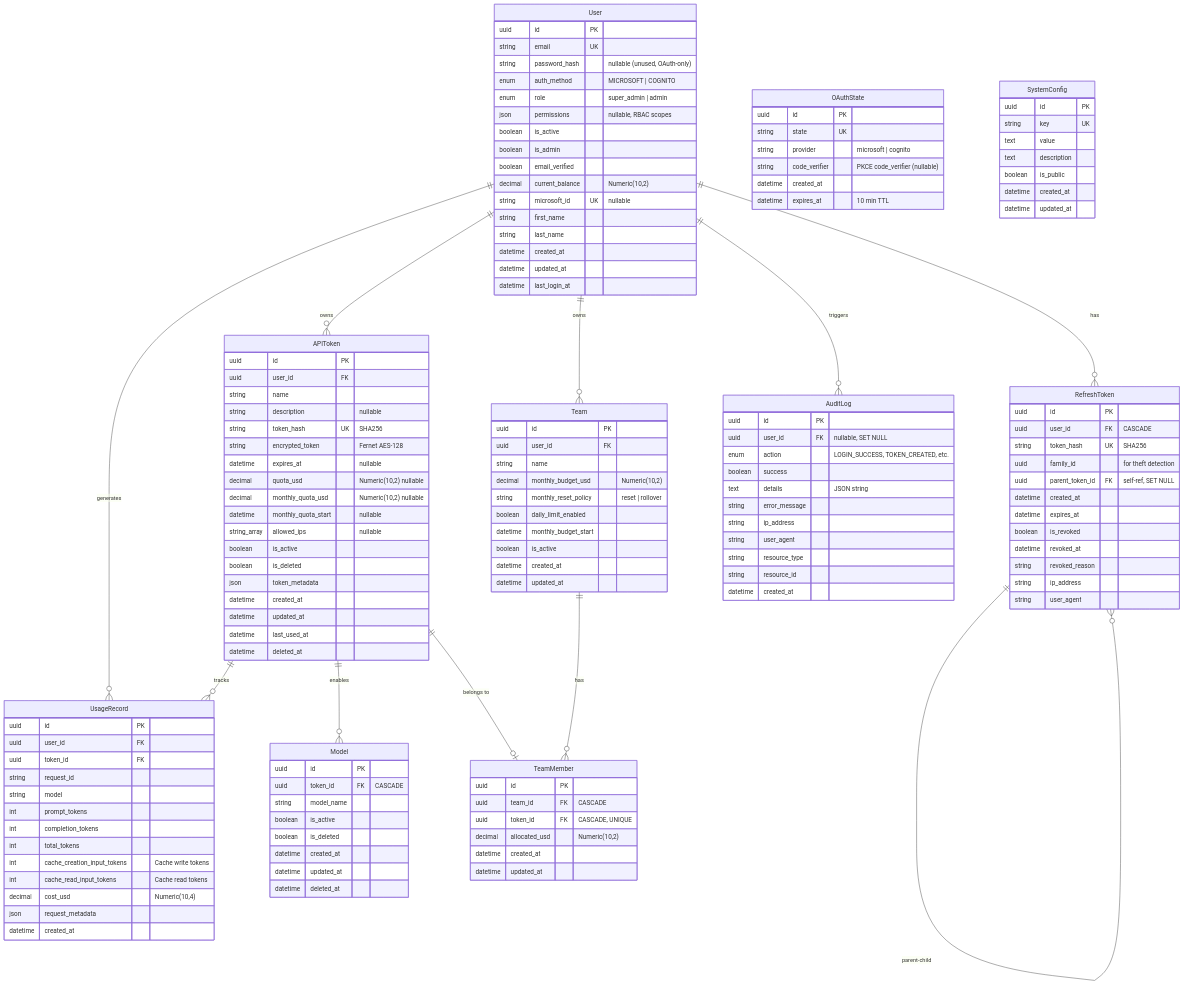
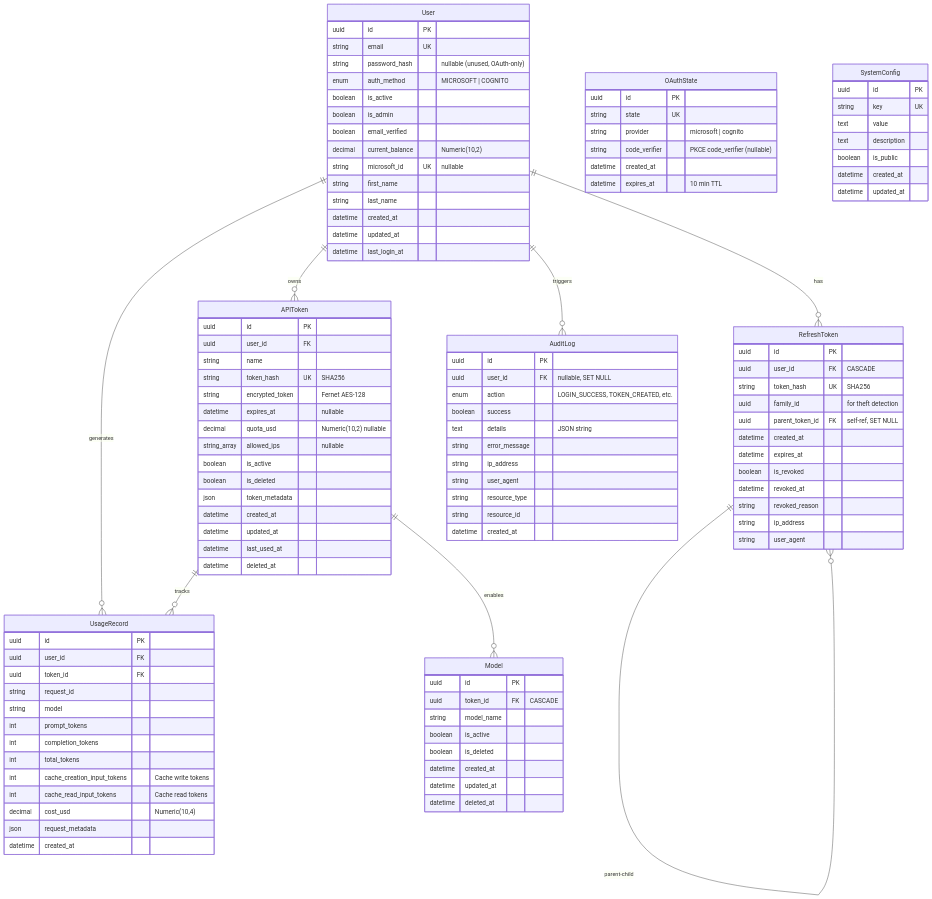
Before and after one commit to aws-samples/sample-br-enterprise-proxy: the third of 11 diagrams in docs/architecture.md, drawn with Mermaid. The commit also changed other lines of this file and 12 other files, not shown here.

````diff
--- a/docs/architecture.md
+++ b/docs/architecture.md
@@ -216,14 +216,11 @@
 ```mermaid
 erDiagram
     User ||--o{ APIToken : "owns"
-    User ||--o{ Team : "owns"
     User ||--o{ UsageRecord : "generates"
     User ||--o{ RefreshToken : "has"
     User ||--o{ AuditLog : "triggers"
     APIToken ||--o{ UsageRecord : "tracks"
     APIToken ||--o{ Model : "enables"
-    APIToken ||--o| TeamMember : "belongs to"
-    Team ||--o{ TeamMember : "has"
     RefreshToken ||--o{ RefreshToken : "parent-child"
 
     User {
@@ -231,8 +228,6 @@
         string email UK
         string password_hash "nullable (unused, OAuth-only)"
         enum auth_method "MICROSOFT | COGNITO"
-        enum role "super_admin | admin"
-        json permissions "nullable, RBAC scopes"
         boolean is_active
         boolean is_admin
         boolean email_verified
@@ -249,13 +244,10 @@
         uuid id PK
         uuid user_id FK
         string name
-        string description "nullable"
         string token_hash UK "SHA256"
         string encrypted_token "Fernet AES-128"
         datetime expires_at "nullable"
         decimal quota_usd "Numeric(10,2) nullable"
-        decimal monthly_quota_usd "Numeric(10,2) nullable"
-        datetime monthly_quota_start "nullable"
         string_array allowed_ips "nullable"
         boolean is_active
         boolean is_deleted
@@ -322,28 +314,6 @@
         string user_agent
     }
 
-    Team {
-        uuid id PK
-        uuid user_id FK
-        string name
-        decimal monthly_budget_usd "Numeric(10,2)"
-        string monthly_reset_policy "reset | rollover"
-        boolean daily_limit_enabled
-        datetime monthly_budget_start
-        boolean is_active
-        datetime created_at
-        datetime updated_at
-    }
-
-    TeamMember {
-        uuid id PK
-        uuid team_id FK "CASCADE"
-        uuid token_id FK "CASCADE, UNIQUE"
-        decimal allocated_usd "Numeric(10,2)"
-        datetime created_at
-        datetime updated_at
-    }
-
     OAuthState {
         uuid id PK
         string state UK
````
